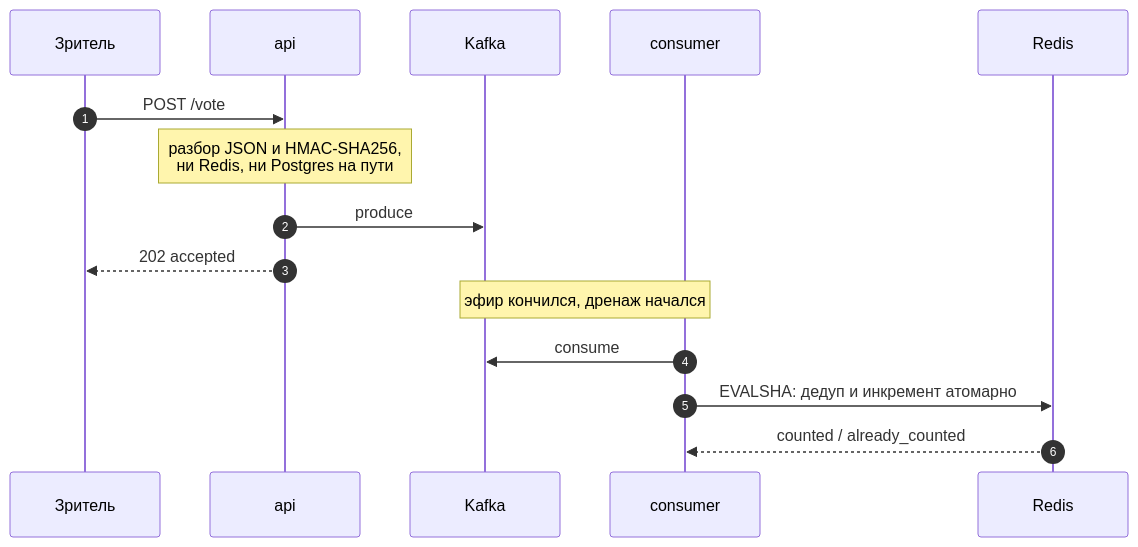
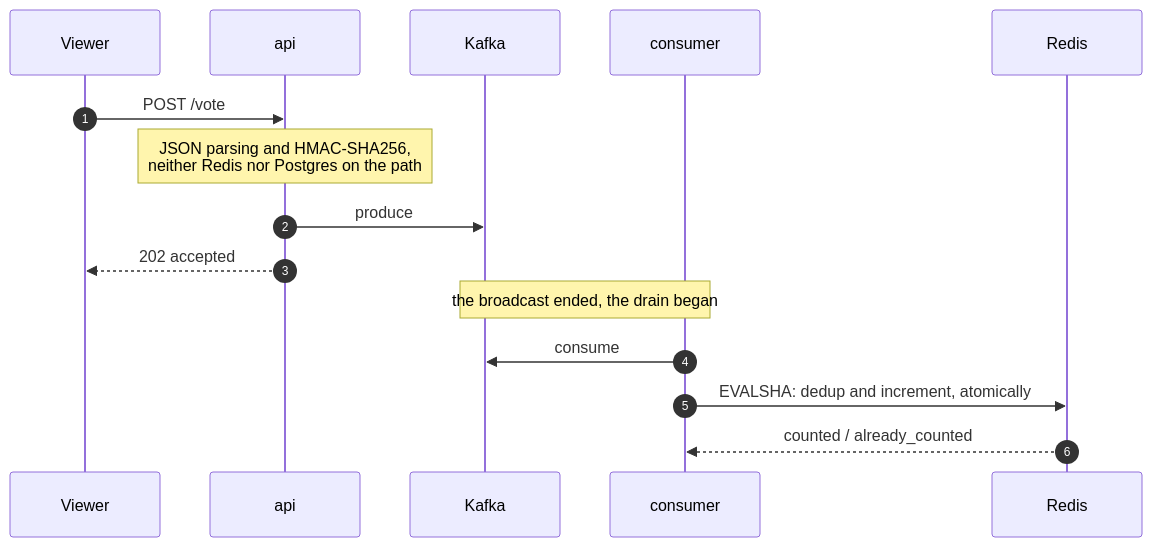
One commit to dubter/televote changed the second of 3 diagrams in README.md. Above: the diagram before and after it, drawn with Mermaid. The commit also changed other lines of this file, not shown here.

````diff
--- a/README.md
+++ b/README.md
@@ -78,18 +78,18 @@
 ```mermaid
 sequenceDiagram
     autonumber
-    participant V as Зритель
+    participant V as Viewer
     participant A as api
     participant K as Kafka
     participant C as consumer
     participant R as Redis
 
     V->>A: POST /vote
-    Note over A: разбор JSON и HMAC-SHA256,<br/>ни Redis, ни Postgres на пути
+    Note over A: JSON parsing and HMAC-SHA256,<br/>neither Redis nor Postgres on the path
     A->>K: produce
     A-->>V: 202 accepted
-    Note over K,C: эфир кончился, дренаж начался
+    Note over K,C: the broadcast ended, the drain began
     C->>K: consume
-    C->>R: EVALSHA: дедуп и инкремент атомарно
+    C->>R: EVALSHA: dedup and increment, atomically
     R-->>C: counted / already_counted
 ```
````
